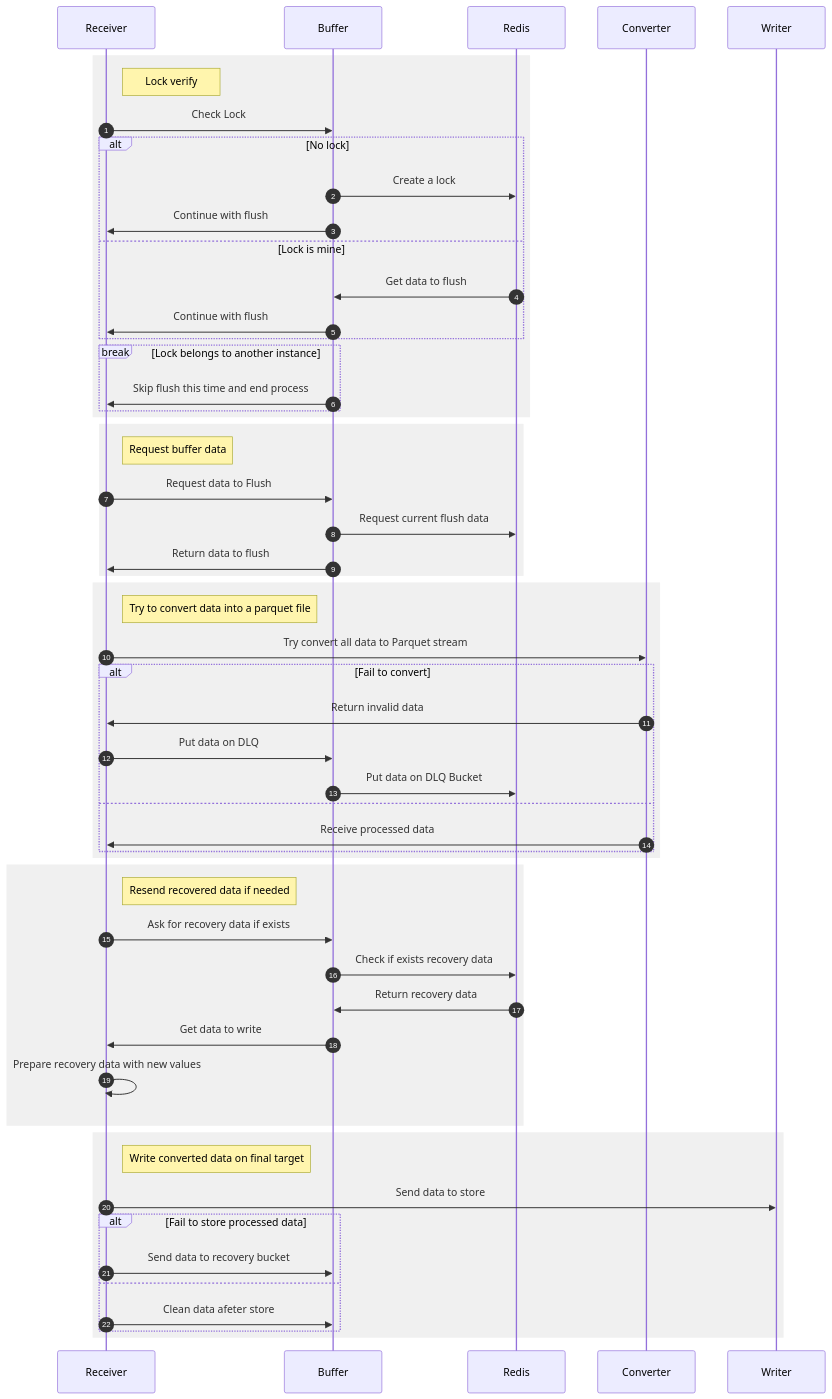
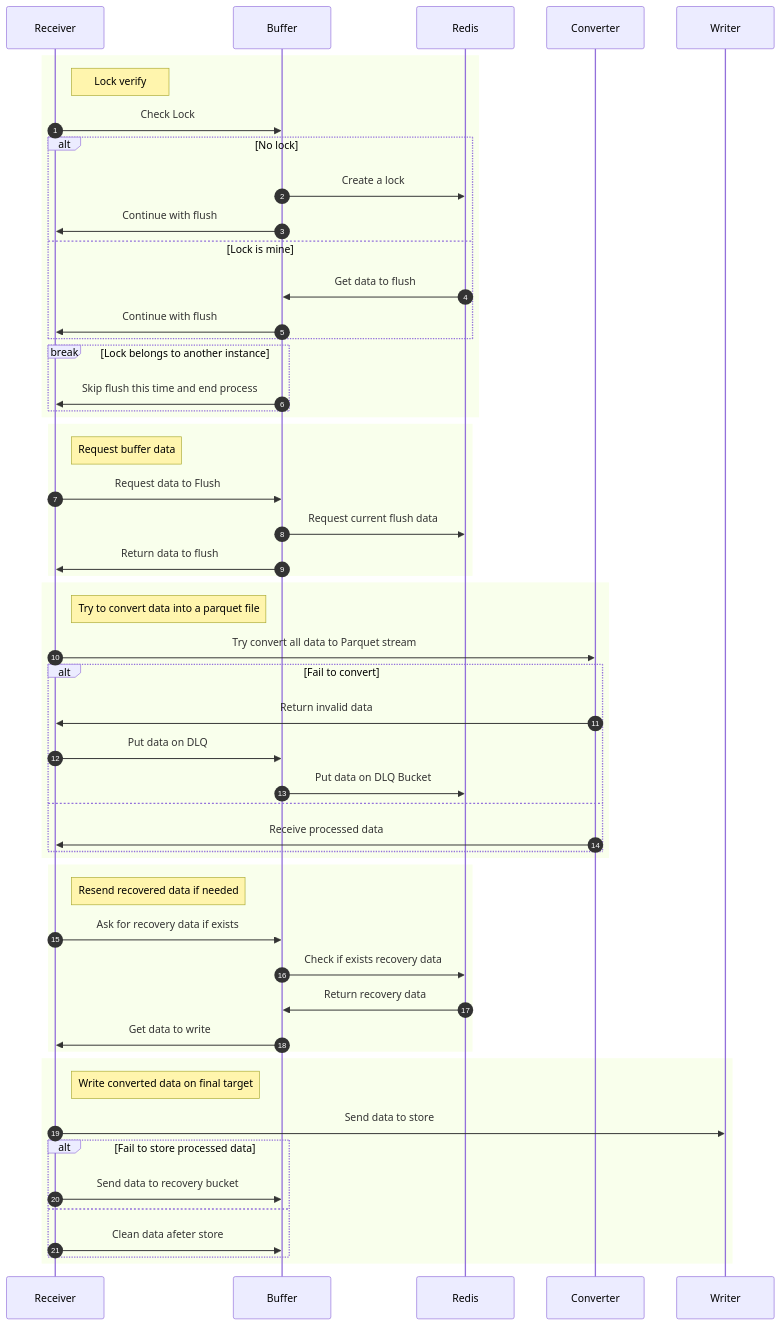
One commit to RafaelFino/Data2Parquet-go changed the second of 2 diagrams in README.md. Above: the diagram before and after it, drawn with Mermaid.

Commit message:
Imp - Fix diagrams colors

````diff
--- a/README.md
+++ b/README.md
@@ -31,62 +31,61 @@
 ```mermaid
 sequenceDiagram
 	autonumber
 	participant Receiver
     participant Buffer   
 	participant Redis
 	participant Converter
 	participant Writer
 
-	rect rgb(240,240,240)
+	rect 
 	note right of Receiver: Lock verify
 		Receiver->>Buffer: Check Lock
 		alt No lock
 			Buffer->>Redis: Create a lock
 			Buffer->>Receiver: Continue with flush
 		else Lock is mine
 			Redis->>Buffer: Get data to flush		
 			Buffer->>Receiver: Continue with flush
 		end
 		break Lock belongs to another instance
 			Buffer->>Receiver: Skip flush this time and end process
 		end
 	end
 	
-	rect rgb(240,240,240)
+	rect 
 	note right of Receiver: Request buffer data
 		Receiver->>Buffer: Request data to Flush
 		Buffer->>Redis: Request current flush data
 		Buffer->>Receiver: Return data to flush		
 	end
 	
-	rect rgb(240,240,240)
+	rect 
 	note right of Receiver: Try to convert data into a parquet file				
 		Receiver->>Converter: Try convert all data to Parquet stream	
 		alt Fail to convert
 			Converter->>Receiver: Return invalid data
 			Receiver->>Buffer: Put data on DLQ
 			Buffer->>Redis: Put data on DLQ Bucket
 		else
 			Converter->>Receiver: Receive processed data
 		end
 	end
 	
-	rect rgb(240,240,240)
+	rect 
 	note right of Receiver: Resend recovered data if needed
 		Receiver->>Buffer: Ask for recovery data if exists
 		Buffer->>Redis: Check if exists recovery data
 		Redis->>Buffer: Return recovery data
 		Buffer->>Receiver: Get data to write
-		Receiver->>Receiver: Prepare recovery data with new values
 	end
 	
-	rect rgb(240,240,240)
+	rect 
 	note right of Receiver: Write converted data on final target	
 		Receiver->>Writer: Send data to store
 		alt Fail to store processed data
 			Receiver->>Buffer: Send data to recovery bucket
 		else
 			Receiver->>Buffer: Clean data afeter store
 		end
 	end
 ```
````
